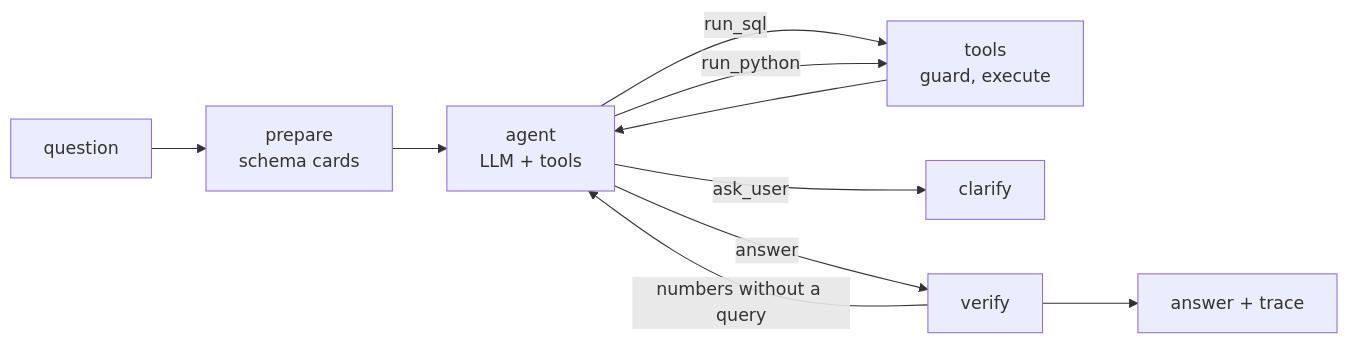
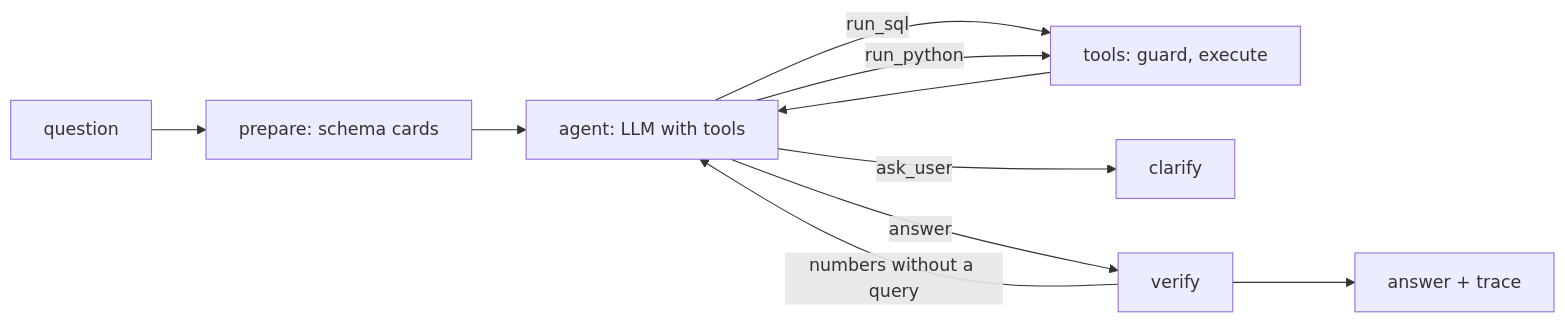
The diagram in README.md (anneal-run/tabletalk), drawn with Mermaid before and after one commit. The commit also changed other lines of this file and 21 other files, not shown here.

````diff
--- a/README.md
+++ b/README.md
@@ -44,12 +44,12 @@
 ```mermaid
 flowchart LR
-    Q[question] --> P[prepare\nschema cards]
-    P --> A[agent\nLLM + tools]
-    A -->|run_sql| T[tools\nguard, execute]
+    Q[question] --> P[prepare: schema cards]
+    P --> A[agent: LLM with tools]
+    A -->|run_sql| T[tools: guard, execute]
     A -->|run_python| T
     T --> A
     A -->|ask_user| C[clarify]
     A -->|answer| V[verify]
     V -->|numbers without a query| A
     V --> R[answer + trace]
 ```
````
